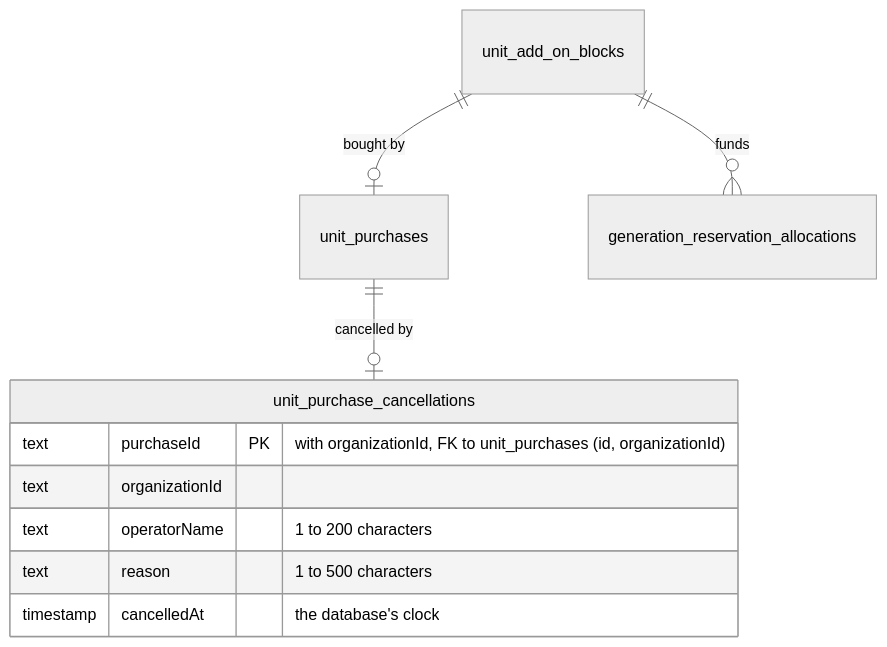
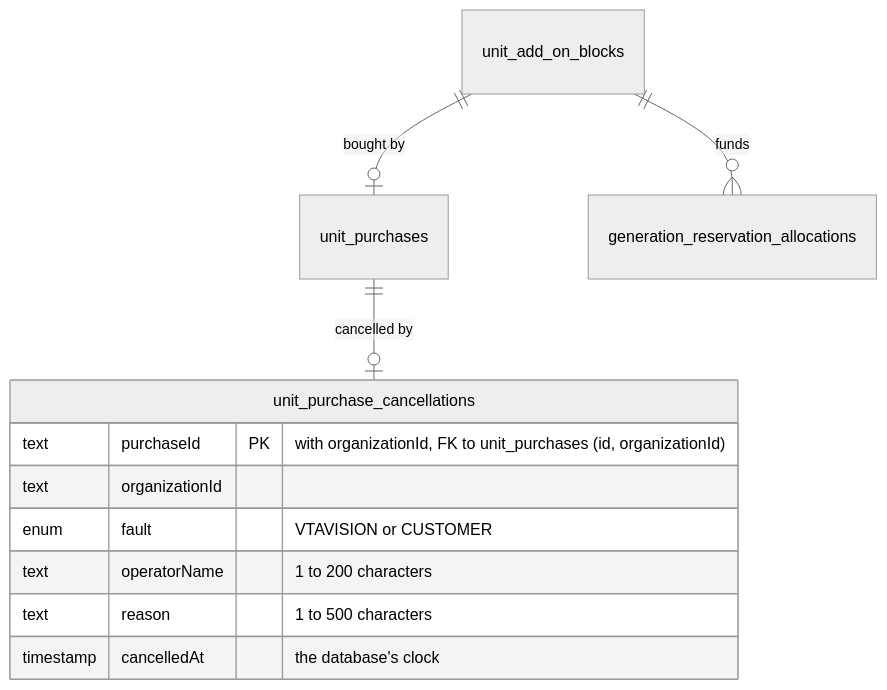
One commit to TakeTouhu/Real-Estate-Listing-Concept-Video changed the diagram in docs/decisions/0070-unit-purchase-cancellation.md. Above: the diagram before and after it, drawn with Mermaid (neutral theme). The commit also changed other lines of this file and 8 other files, not shown here.

````diff
--- a/docs/decisions/0070-unit-purchase-cancellation.md
+++ b/docs/decisions/0070-unit-purchase-cancellation.md
@@ -91,13 +106,14 @@
 ```mermaid
 erDiagram
   unit_add_on_blocks ||--o| unit_purchases : "bought by"
   unit_purchases ||--o| unit_purchase_cancellations : "cancelled by"
   unit_add_on_blocks ||--o{ generation_reservation_allocations : funds
   unit_purchase_cancellations {
     text purchaseId PK "with organizationId, FK to unit_purchases (id, organizationId)"
     text organizationId
+    enum fault "VTAVISION or CUSTOMER"
     text operatorName "1 to 200 characters"
     text reason "1 to 500 characters"
     timestamp cancelledAt "the database's clock"
   }
 ```
````
